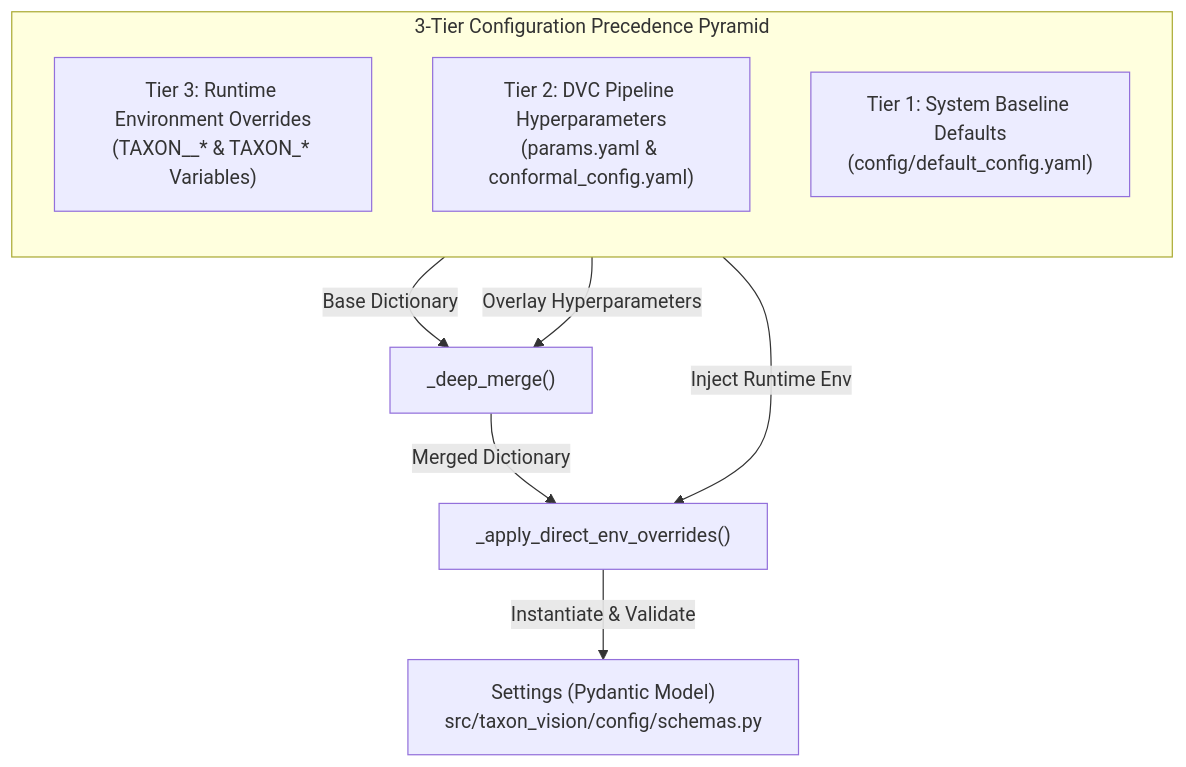
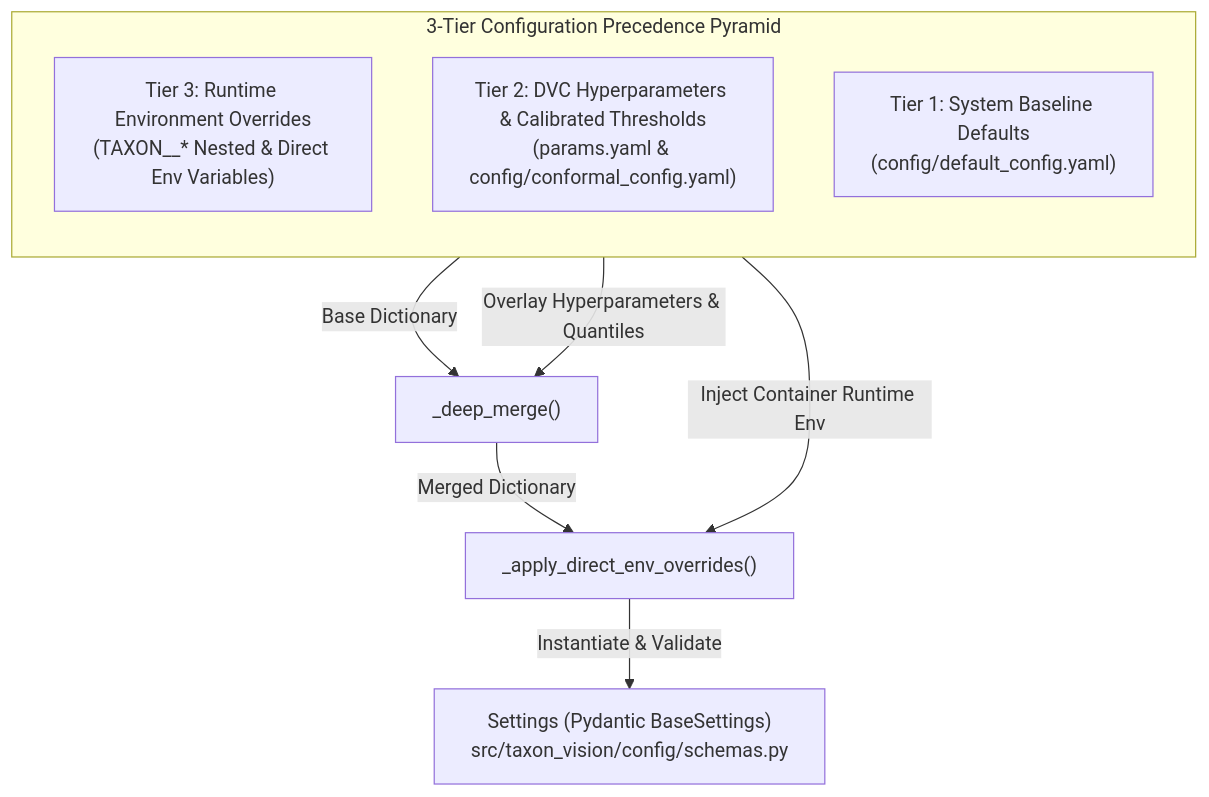
Before and after one commit to foersben/taxon-vision-mlops: the diagram in docs/architecture/repository_and_config_encyclopedia.md, drawn with Mermaid. The commit also changed other lines of this file and 26 other files, not shown here.

````diff
--- a/docs/architecture/repository_and_config_encyclopedia.md
+++ b/docs/architecture/repository_and_config_encyclopedia.md
@@ -17,15 +31,15 @@
 ```mermaid
 flowchart TD
     subgraph Pyramid["3-Tier Configuration Precedence Pyramid"]
         direction TB
-        T3["Tier 3: Runtime Environment Overrides<br/>(TAXON__* & TAXON_* Variables)"]
-        T2["Tier 2: DVC Pipeline Hyperparameters<br/>(params.yaml & conformal_config.yaml)"]
+        T3["Tier 3: Runtime Environment Overrides<br/>(TAXON__* Nested & Direct Env Variables)"]
+        T2["Tier 2: DVC Hyperparameters & Calibrated Thresholds<br/>(params.yaml & config/conformal_config.yaml)"]
         T1["Tier 1: System Baseline Defaults<br/>(config/default_config.yaml)"]
     end
 
     T1 -->|Base Dictionary| M1["_deep_merge()"]
-    T2 -->|Overlay Hyperparameters| M1
+    T2 -->|Overlay Hyperparameters & Quantiles| M1
     M1 -->|Merged Dictionary| M2["_apply_direct_env_overrides()"]
-    T3 -->|Inject Runtime Env| M2
-    M2 -->|Instantiate & Validate| PYD["Settings (Pydantic Model)<br/>src/taxon_vision/config/schemas.py"]
+    T3 -->|Inject Container Runtime Env| M2
+    M2 -->|Instantiate & Validate| PYD["Settings (Pydantic BaseSettings)<br/>src/taxon_vision/config/schemas.py"]
 ```
````
